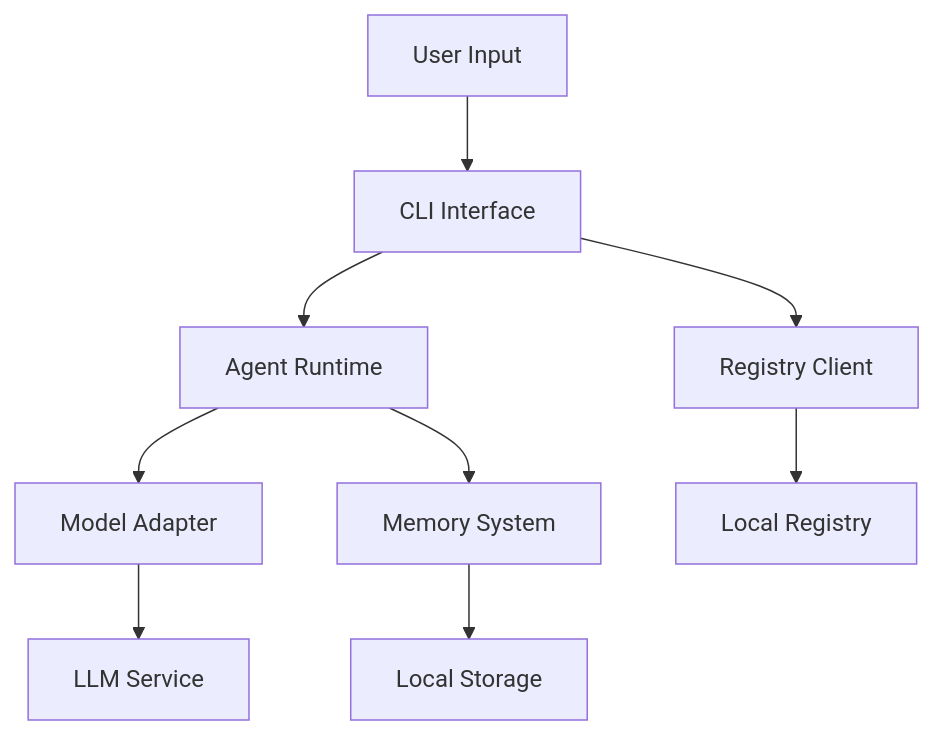
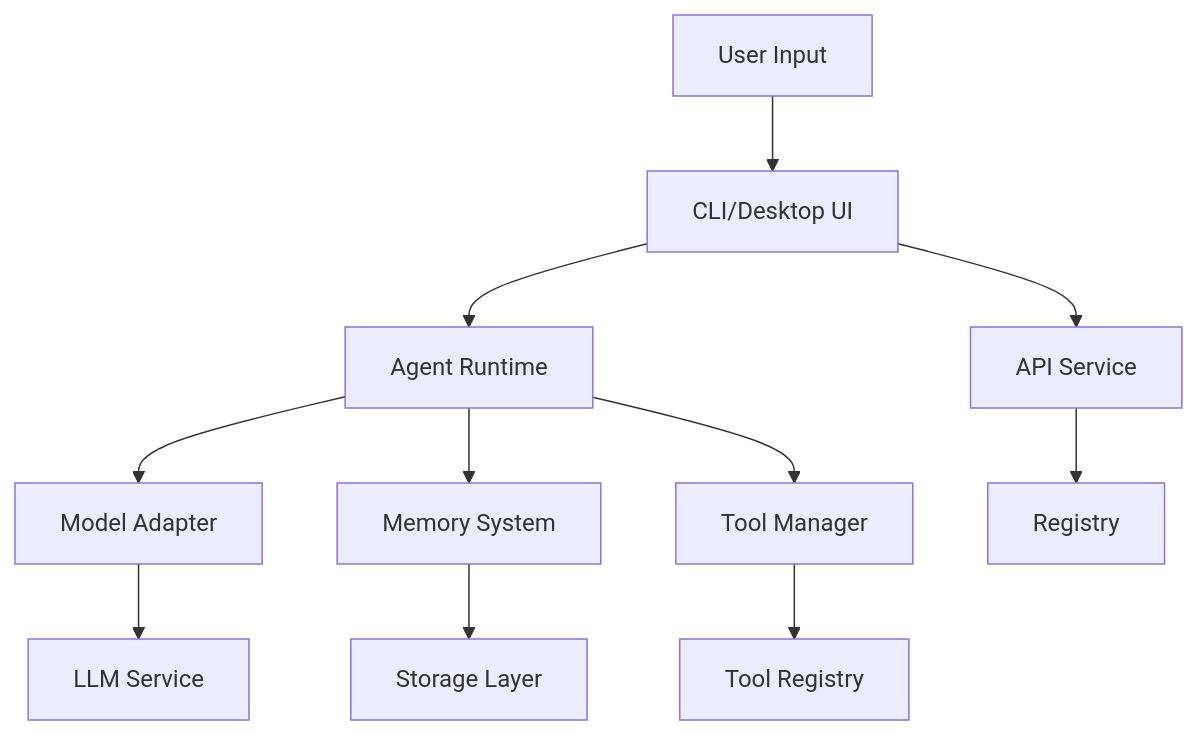
One commit to satishgonella2024/sentinelstacks changed the diagram in ARCHITECTURE.md. Above: the diagram before and after it, drawn with Mermaid. The commit also changed other lines of this file and 6979 other files, not shown here.

````diff
--- a/ARCHITECTURE.md
+++ b/ARCHITECTURE.md
@@ -64,11 +125,13 @@
 ```mermaid
 graph TD
-    A[User Input] --> B[CLI Interface]
+    A[User Input] --> B[CLI/Desktop UI]
     B --> C[Agent Runtime]
     C --> D[Model Adapter]
     D --> E[LLM Service]
     C --> F[Memory System]
-    F --> G[Local Storage]
-    B --> H[Registry Client]
-    H --> I[Local Registry]
+    F --> G[Storage Layer]
+    C --> H[Tool Manager]
+    H --> I[Tool Registry]
+    B --> J[API Service]
+    J --> K[Registry]
 ```
````
